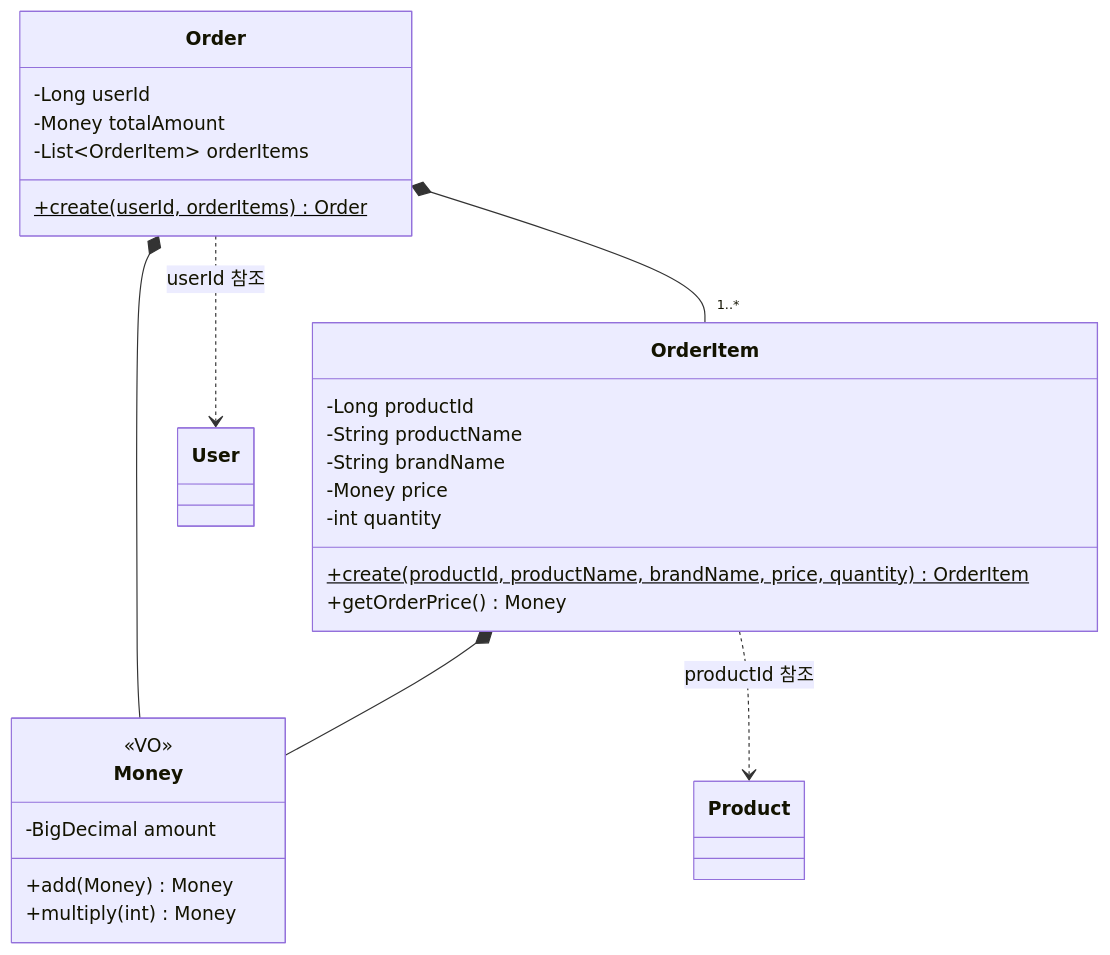
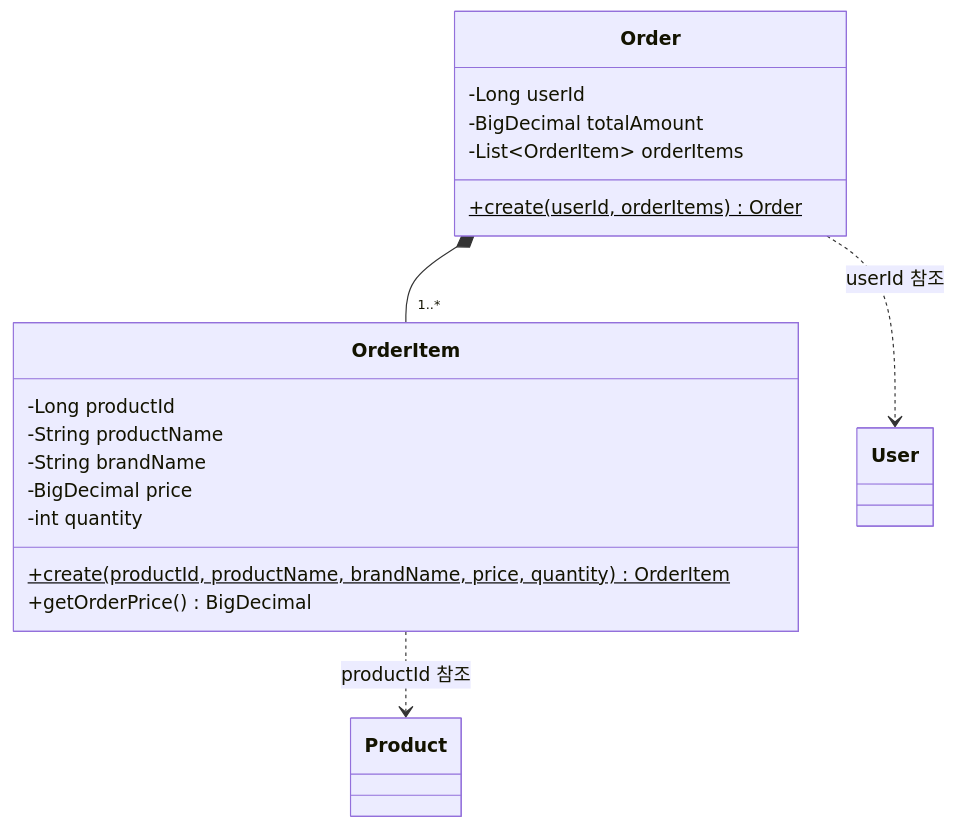
Before and after one commit to Loopers-dev-lab/loop-pack-be-l2-vol3-java: the diagram in docs/design/order/class-diagram.md, drawn with Mermaid. The commit also changed 1 other file, not shown here.

Commit message:
docs: Product·Order 클래스다이어그램 VO 제거 및 원시 타입 단순

````diff
--- a/docs/design/order/class-diagram.md
+++ b/docs/design/order/class-diagram.md
@@ -8,32 +8,23 @@
 ```mermaid
 classDiagram
     class Order {
         -Long userId
-        -Money totalAmount
+        -BigDecimal totalAmount
         -List~OrderItem~ orderItems
         +create(userId, orderItems)$ Order
     }
 
     class OrderItem {
         -Long productId
         -String productName
         -String brandName
-        -Money price
+        -BigDecimal price
         -int quantity
         +create(productId, productName, brandName, price, quantity)$ OrderItem
-        +getOrderPrice() Money
-    }
-
-    class Money {
-        <<VO>>
-        -BigDecimal amount
-        +add(Money) Money
-        +multiply(int) Money
+        +getOrderPrice() BigDecimal
     }
 
     Order *-- "1..*" OrderItem
-    Order *-- Money
-    OrderItem *-- Money
     OrderItem ..> Product : productId 참조
     Order ..> User : userId 참조
 ```
````
